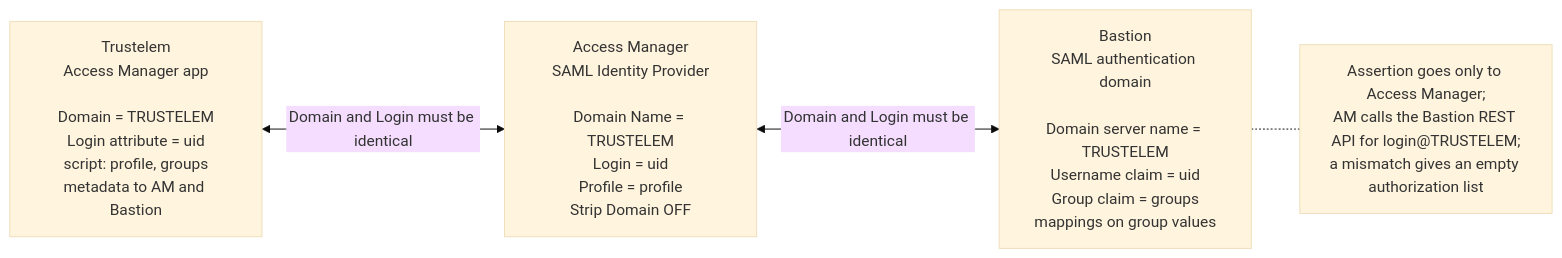
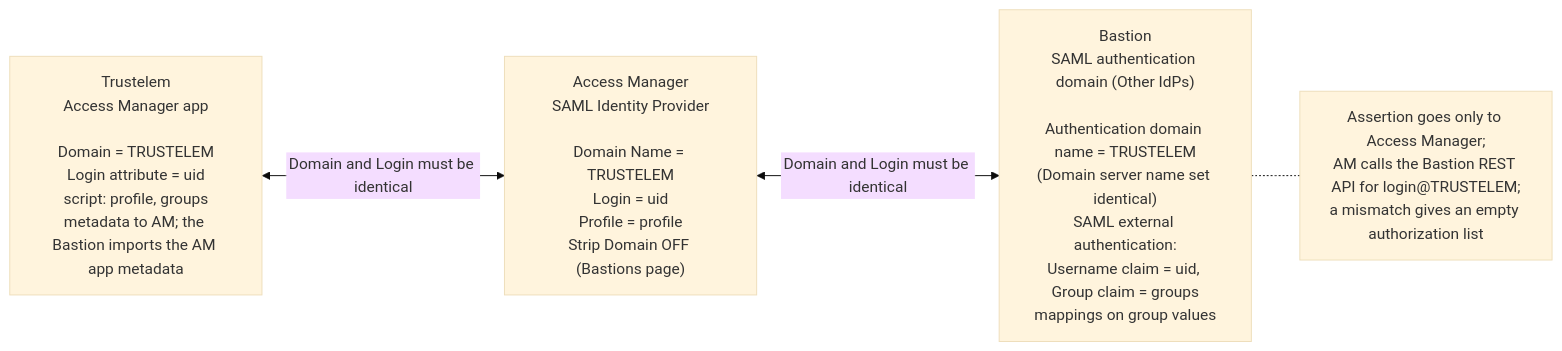
The diagram in docs/reference/saml-assertion-and-naming.md (morandeirachema/Trustelem-), drawn with Mermaid (base theme) before and after one commit. The commit also changed other lines of this file and 19 other files, not shown here.

Commit message:
Audit pass 2: diagrams synced with text, AM RADIUS listener 2812, Authentication domain name rule, gap B7

````diff
--- a/docs/reference/saml-assertion-and-naming.md
+++ b/docs/reference/saml-assertion-and-naming.md
@@ -14,10 +14,10 @@
 ```mermaid
 flowchart LR
-    T["Trustelem<br/>Access Manager app<br/><br/>Domain = TRUSTELEM<br/>Login attribute = uid<br/>script: profile, groups<br/>metadata to AM and Bastion"]
-    AM["Access Manager<br/>SAML Identity Provider<br/><br/>Domain Name = TRUSTELEM<br/>Login = uid<br/>Profile = profile<br/>Strip Domain OFF"]
-    B["Bastion<br/>SAML authentication domain<br/><br/>Domain server name = TRUSTELEM<br/>Username claim = uid<br/>Group claim = groups<br/>mappings on group values"]
+    T["Trustelem<br/>Access Manager app<br/><br/>Domain = TRUSTELEM<br/>Login attribute = uid<br/>script: profile, groups<br/>metadata to AM; the Bastion imports the AM app metadata"]
+    AM["Access Manager<br/>SAML Identity Provider<br/><br/>Domain Name = TRUSTELEM<br/>Login = uid<br/>Profile = profile<br/>Strip Domain OFF (Bastions page)"]
+    B["Bastion<br/>SAML authentication domain (Other IdPs)<br/><br/>Authentication domain name = TRUSTELEM<br/>(Domain server name set identical)<br/>SAML external authentication:<br/>Username claim = uid, Group claim = groups<br/>mappings on group values"]
     T <-->|Domain and Login must be identical| AM
     AM <-->|Domain and Login must be identical| B
     NOTE["Assertion goes only to Access Manager;<br/>AM calls the Bastion REST API for login@TRUSTELEM;<br/>a mismatch gives an empty authorization list"]
     B -.- NOTE
 ```
````
